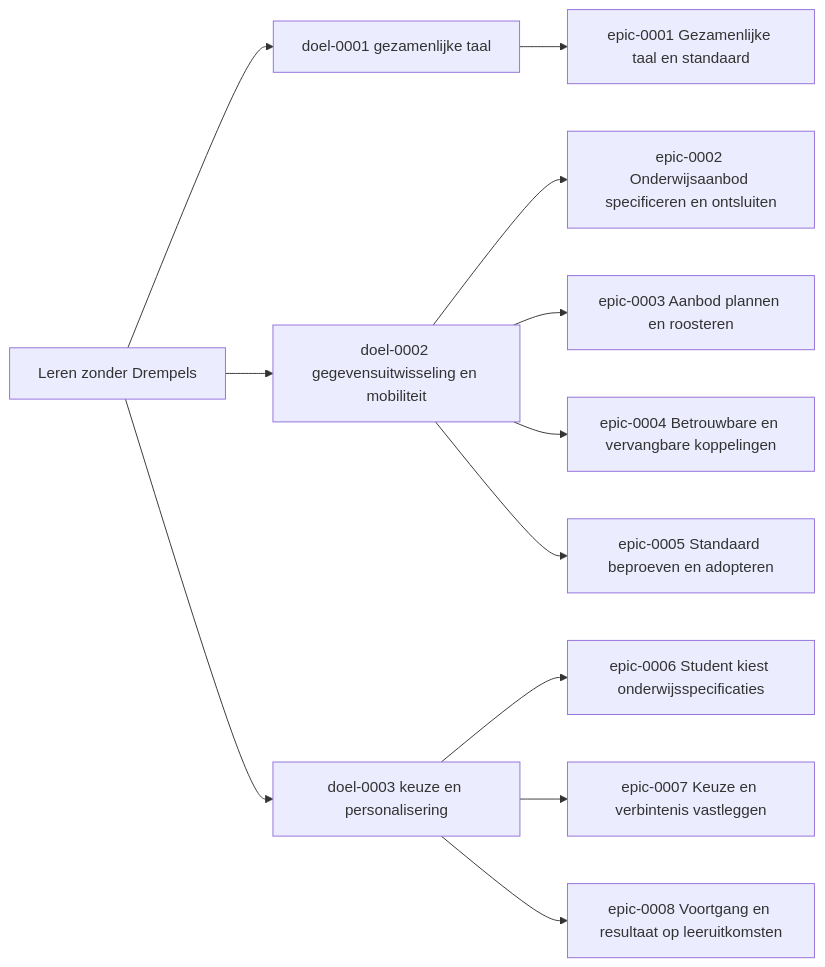
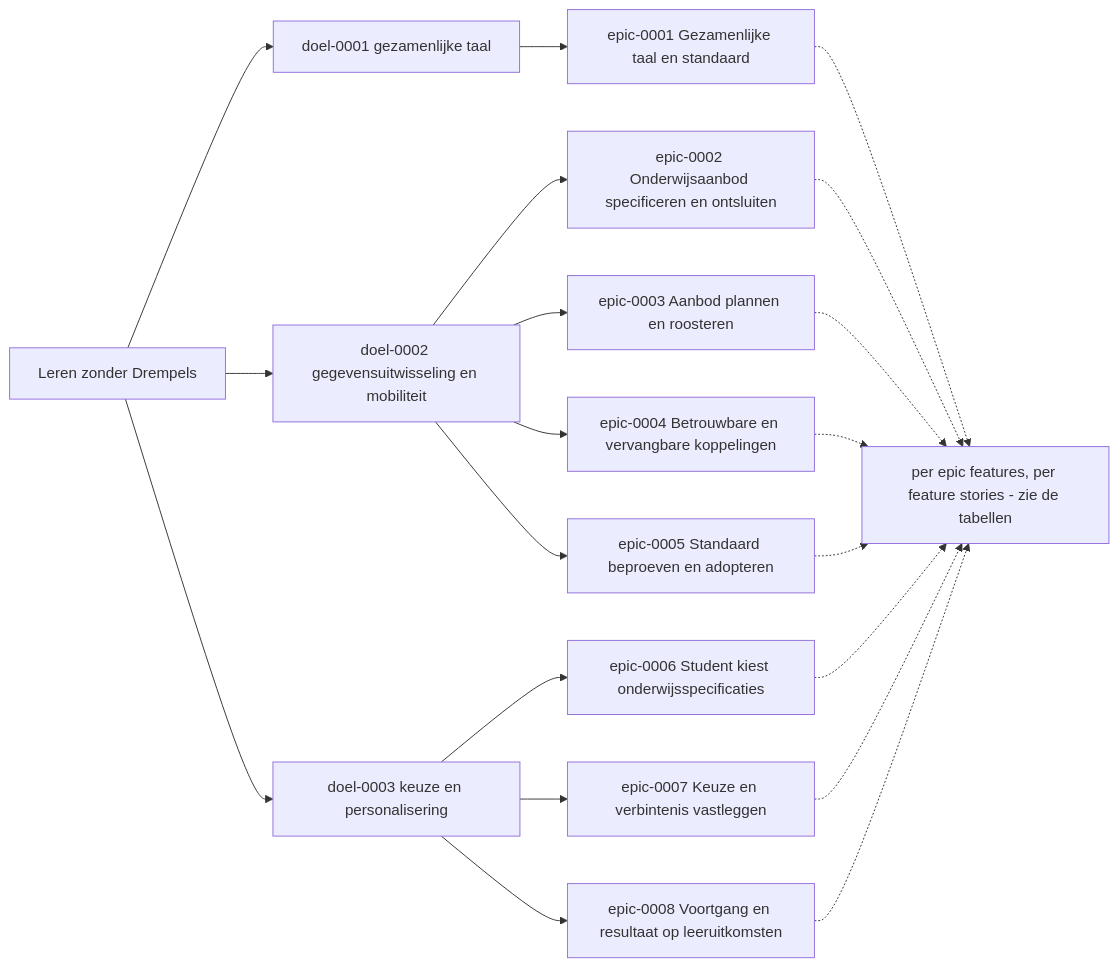
The first of 2 diagrams in Referentiemateriaal/requirementsboom/README.md (Npuls-OKx/Public), drawn with Mermaid before and after one commit. The commit also changed other lines of this file, not shown here.

First line of the commit message:
Visualisatie requirementsboom: nuchtere kop, laagindicatie features/stories, klikroute toegelicht

````diff
--- a/Referentiemateriaal/requirementsboom/README.md
+++ b/Referentiemateriaal/requirementsboom/README.md
@@ -9,12 +9,13 @@
 ```mermaid
 flowchart LR
   LZD["Leren zonder Drempels"] --> DL1["doel-0001 gezamenlijke taal"] & DL2["doel-0002 gegevensuitwisseling en mobiliteit"] & DL3["doel-0003 keuze en personalisering"]
   DL1 --> EP1["epic-0001 Gezamenlijke taal en standaard"]
   DL2 --> EP2["epic-0002 Onderwijsaanbod specificeren en ontsluiten"]
   DL2 --> EP3["epic-0003 Aanbod plannen en roosteren"]
   DL2 --> EP4["epic-0004 Betrouwbare en vervangbare koppelingen"]
   DL2 --> EP5["epic-0005 Standaard beproeven en adopteren"]
   DL3 --> EP6["epic-0006 Student kiest onderwijsspecificaties"]
   DL3 --> EP7["epic-0007 Keuze en verbintenis vastleggen"]
   DL3 --> EP8["epic-0008 Voortgang en resultaat op leeruitkomsten"]
+  EP1 & EP2 & EP3 & EP4 & EP5 & EP6 & EP7 & EP8 -.-> FS["per epic features, per feature stories - zie de tabellen"]
 ```
````
